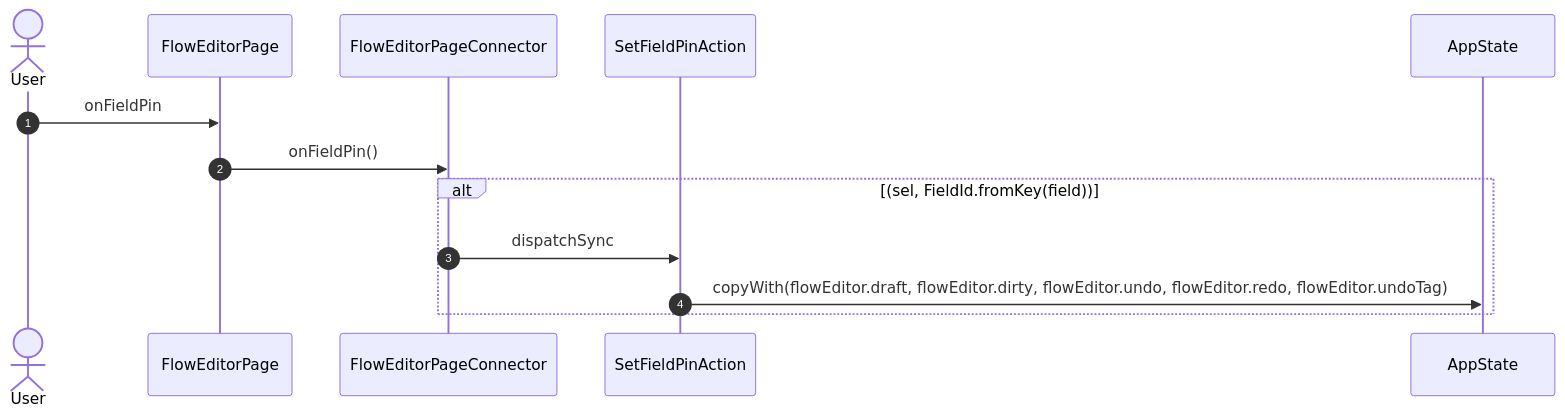
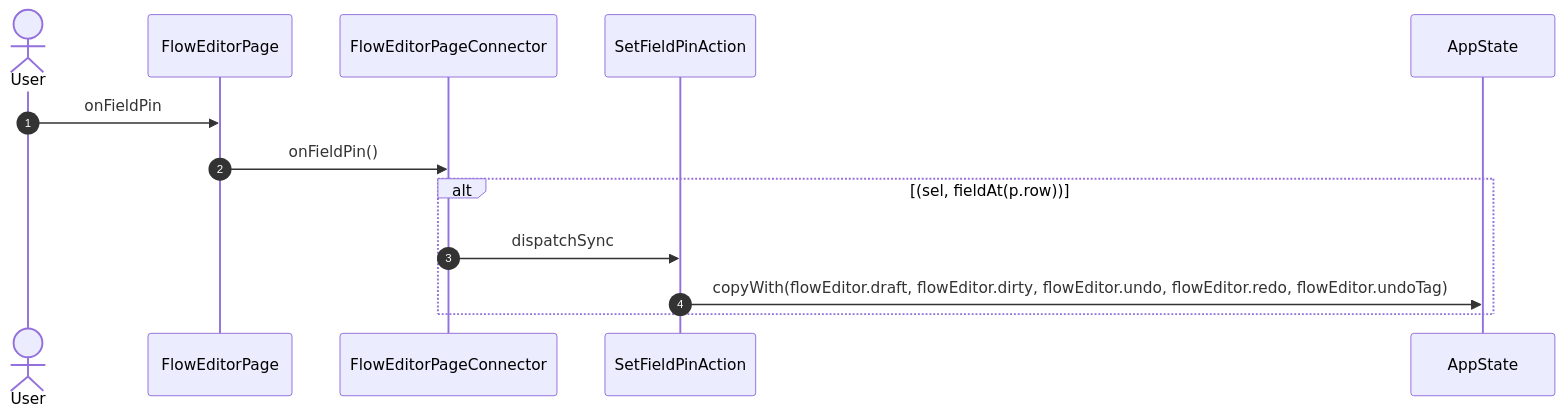
Before and after one commit to gencto/wyrm: diagram 22 of 31 in studio/docs/flows/flowEditor.md, drawn with Mermaid. The commit also changed other lines of this file and 28 other files, not shown here.

````diff
--- a/studio/docs/flows/flowEditor.md
+++ b/studio/docs/flows/flowEditor.md
@@ -474,16 +389,16 @@
 ```mermaid
 sequenceDiagram
     autonumber
     actor User
     participant UI as FlowEditorPage
     participant VM as FlowEditorPageConnector
     participant A1 as SetFieldPinAction
     participant ST as AppState
 
     User->>UI: onFieldPin
     UI->>VM: onFieldPin()
-    alt (sel, FieldId.fromKey(field))
+    alt (sel, fieldAt(p.row))
         VM->>A1: dispatchSync
         A1->>ST: copyWith(flowEditor.draft, flowEditor.dirty, flowEditor.undo, flowEditor.redo, flowEditor.undoTag)
     end
 ```
````
